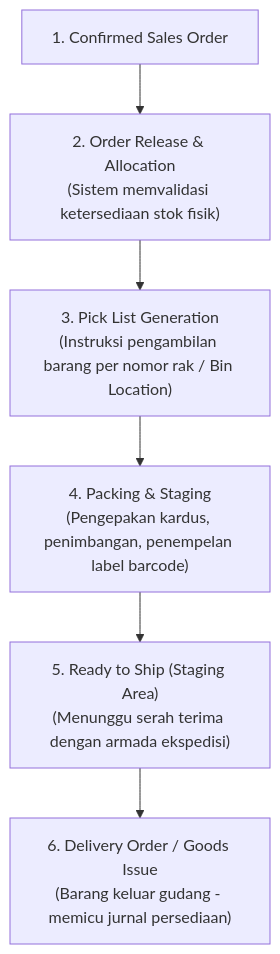
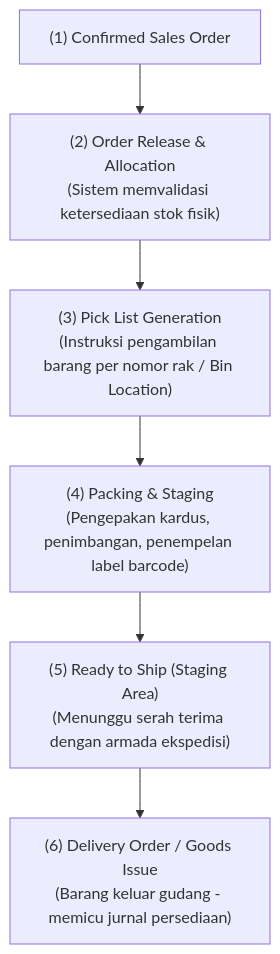
Before and after one commit to alimurrofid/erp-notes: the second of 2 diagrams in content/03-sales/order-fulfillment.md, drawn with Mermaid. The commit also changed other lines of this file and 132 other files, not shown here.

````diff
--- a/content/03-sales/order-fulfillment.md
+++ b/content/03-sales/order-fulfillment.md
@@ -68,9 +68,9 @@
 ```mermaid
 flowchart TD
-    SO["1. Confirmed Sales Order"]
-    --> Rel["2. Order Release & Allocation<br/>(Sistem memvalidasi ketersediaan stok fisik)"]
-    --> Pick["3. Pick List Generation<br/>(Instruksi pengambilan barang per nomor rak / Bin Location)"]
-    --> Pack["4. Packing & Staging<br/>(Pengepakan kardus, penimbangan, penempelan label barcode)"]
-    --> Stage["5. Ready to Ship (Staging Area)<br/>(Menunggu serah terima dengan armada ekspedisi)"]
-    --> DO["6. Delivery Order / Goods Issue<br/>(Barang keluar gudang - memicu jurnal persediaan)"]
+    SO["(1) Confirmed Sales Order"]
+    --> Rel["(2) Order Release & Allocation<br/>(Sistem memvalidasi ketersediaan stok fisik)"]
+    --> Pick["(3) Pick List Generation<br/>(Instruksi pengambilan barang per nomor rak / Bin Location)"]
+    --> Pack["(4) Packing & Staging<br/>(Pengepakan kardus, penimbangan, penempelan label barcode)"]
+    --> Stage["(5) Ready to Ship (Staging Area)<br/>(Menunggu serah terima dengan armada ekspedisi)"]
+    --> DO["(6) Delivery Order / Goods Issue<br/>(Barang keluar gudang - memicu jurnal persediaan)"]
 ```
````
